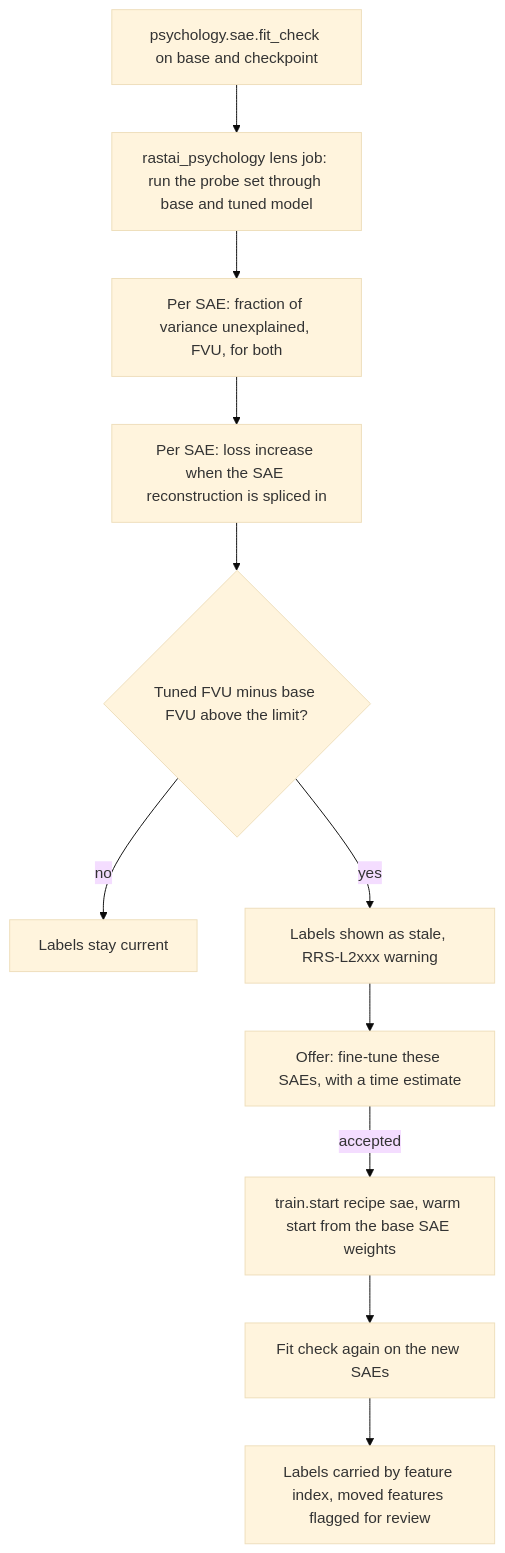
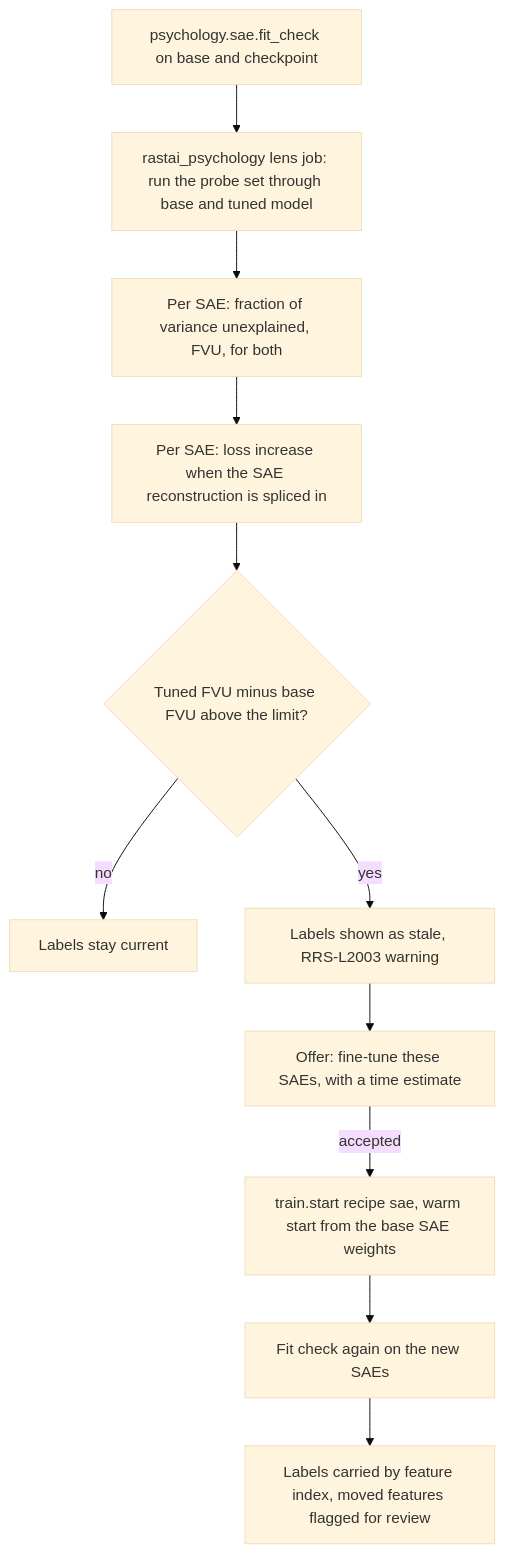
Before and after one commit to Snubiss/RASTAI-Research-Studio: diagram 28 of 32 in docs/architecture/flows/training-evaluation.md, drawn with Mermaid (base theme). The commit also changed other lines of this file and 44 other files, not shown here.

````diff
--- a/docs/architecture/flows/training-evaluation.md
+++ b/docs/architecture/flows/training-evaluation.md
@@ -1439,13 +1509,13 @@
 ```mermaid
 flowchart TD
   A["psychology.sae.fit_check on base and checkpoint"] --> B["rastai_psychology lens job: run the probe set through base and tuned model"]
   B --> C["Per SAE: fraction of variance unexplained, FVU, for both"]
   C --> D["Per SAE: loss increase when the SAE reconstruction is spliced in"]
   D --> E{"Tuned FVU minus base FVU above the limit?"}
   E -->|no| OK["Labels stay current"]
-  E -->|yes| ST["Labels shown as stale, RRS-L2xxx warning"]
+  E -->|yes| ST["Labels shown as stale, RRS-L2003 warning"]
   ST --> OF["Offer: fine-tune these SAEs, with a time estimate"]
   OF -->|accepted| TR["train.start recipe sae, warm start from the base SAE weights"]
   TR --> RE["Fit check again on the new SAEs"]
   RE --> LB["Labels carried by feature index, moved features flagged for review"]
 ```
````
